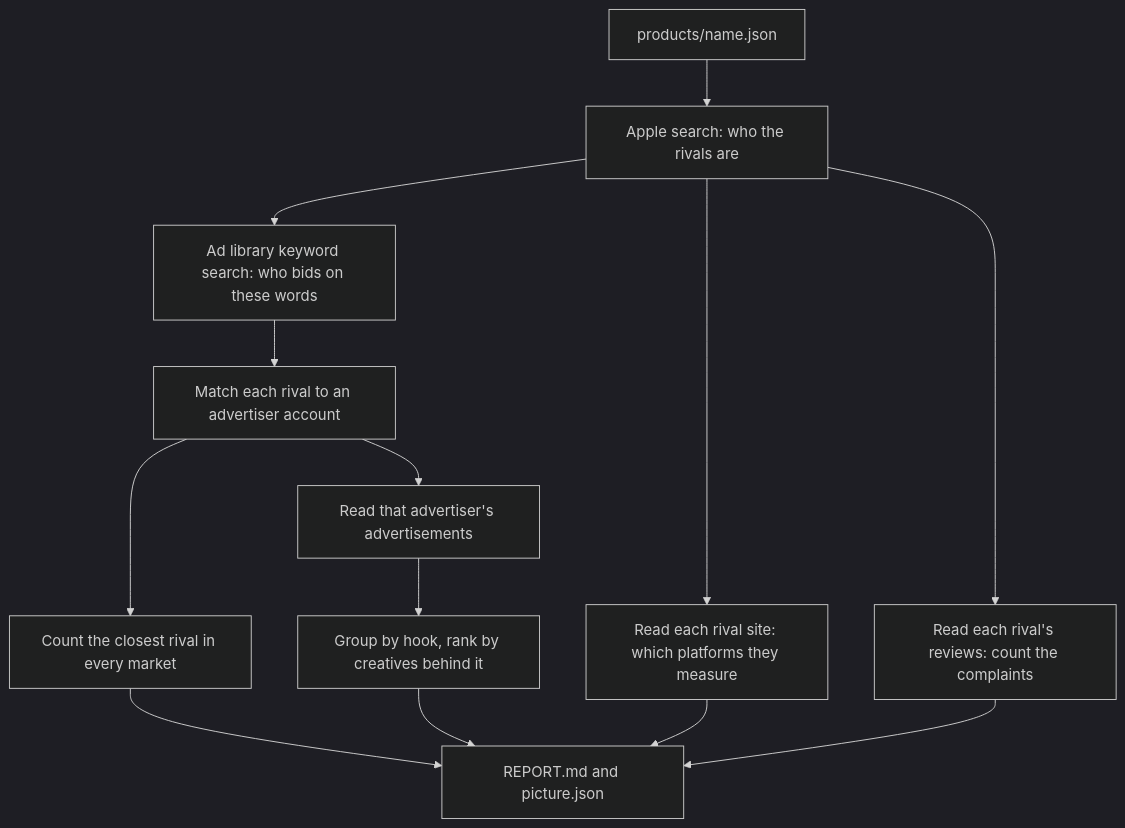
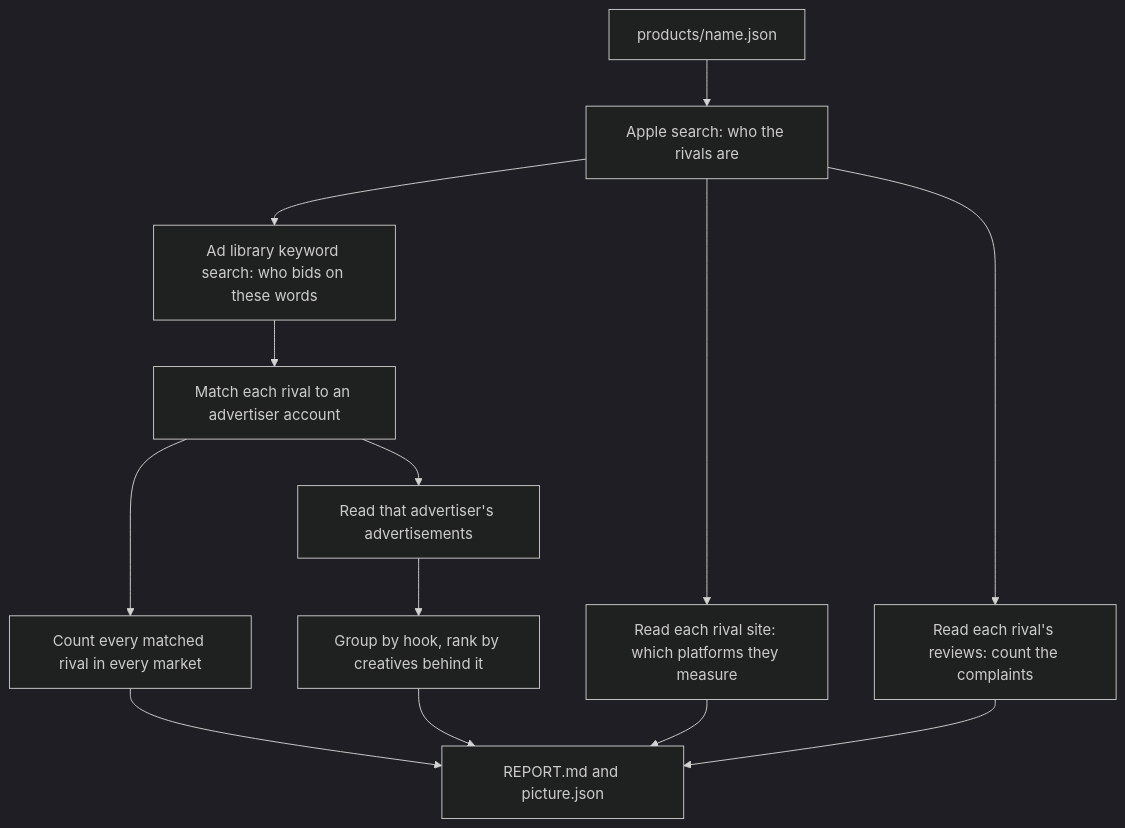
One commit to atlantic-blue/proofmark changed the diagram in README.md. Above: the diagram before and after it, drawn with Mermaid (dark theme). The commit also changed other lines of this file and 7 other files, not shown here.

Commit message:
feat: sweep every matched rival, and draw them side by side

````diff
--- a/README.md
+++ b/README.md
@@ -41,15 +42,15 @@
 ```mermaid
 flowchart TD
   P["products/name.json"] --> D["Apple search: who the rivals are"]
   D --> C["Ad library keyword search: who bids on these words"]
   C --> M["Match each rival to an advertiser account"]
   M --> A["Read that advertiser's advertisements"]
-  M --> S["Count the closest rival in every market"]
+  M --> S["Count every matched rival in every market"]
   S --> R
   A --> H["Group by hook, rank by creatives behind it"]
   D --> W["Read each rival site: which platforms they measure"]
   D --> V["Read each rival's reviews: count the complaints"]
   H --> R["REPORT.md and picture.json"]
   W --> R
   V --> R
 ```
````
